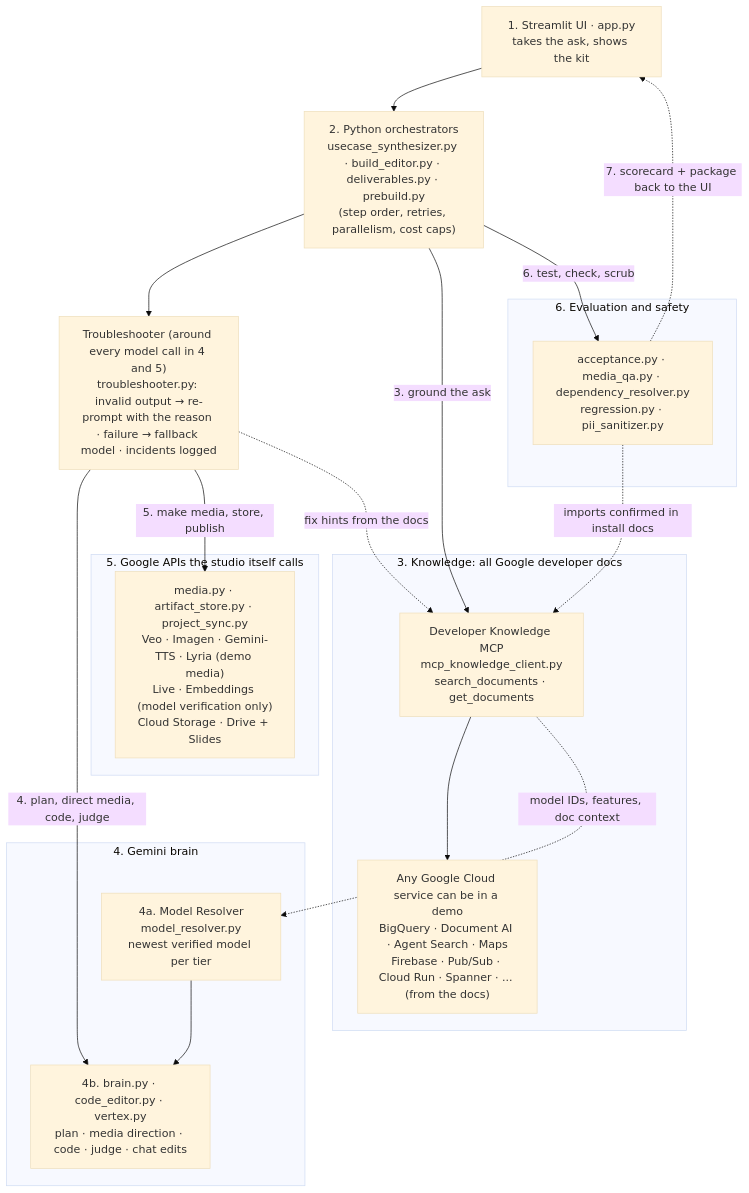
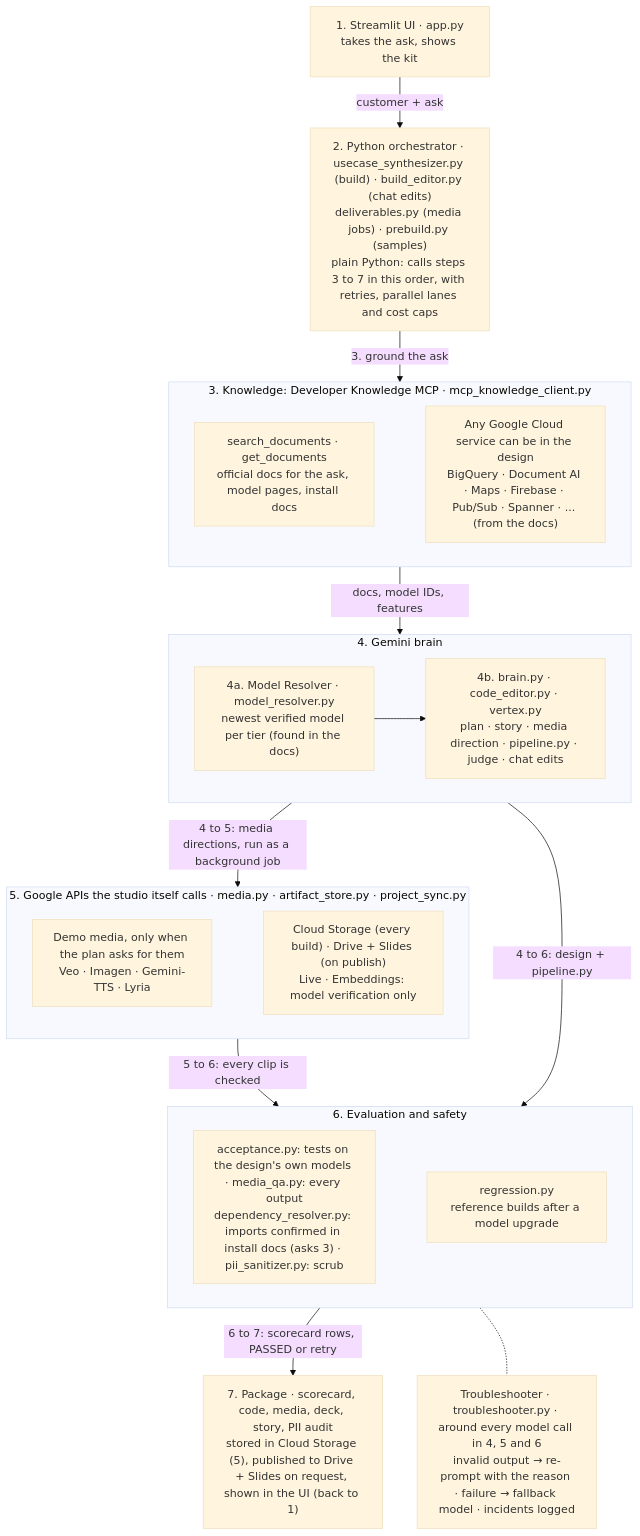
One commit to LUJ20/eliminating-custom-demo-toil-with-google-mcp changed the second of 2 diagrams in README.md. Above: the diagram before and after it, drawn with Mermaid (base theme). The commit also changed other lines of this file and 12 other files, not shown here.

First line of the commit message:
Drafts: Discard per unsaved build; example input image for extraction demos; cleanup

````diff
--- a/README.md
+++ b/README.md
@@ -150,29 +152,30 @@
 ```mermaid
 flowchart TB
-    UI["1. Streamlit UI · app.py<br/>takes the ask, shows the kit"] --> O["2. Python orchestrators<br/>usecase_synthesizer.py · build_editor.py · deliverables.py · prebuild.py<br/>(step order, retries, parallelism, cost caps)"]
-    O --> TS["Troubleshooter (around every model call in 4 and 5)<br/>troubleshooter.py: invalid output → re-prompt with the reason · failure → fallback model · incidents logged"]
-    subgraph K["3. Knowledge: all Google developer docs"]
-        MCP["Developer Knowledge MCP<br/>mcp_knowledge_client.py<br/>search_documents · get_documents"]
-        ANY["Any Google Cloud service can be in a demo<br/>BigQuery · Document AI · Agent Search · Maps<br/>Firebase · Pub/Sub · Cloud Run · Spanner · ... (from the docs)"]
-        MCP --> ANY
+    UI["1. Streamlit UI · app.py<br/>takes the ask, shows the kit"]
+    O["2. Python orchestrator · usecase_synthesizer.py (build) · build_editor.py (chat edits)<br/>deliverables.py (media jobs) · prebuild.py (samples)<br/>plain Python: calls steps 3 to 7 in this order, with retries, parallel lanes and cost caps"]
+    subgraph K ["3. Knowledge: Developer Knowledge MCP · mcp_knowledge_client.py"]
+        direction LR
+        MCP["search_documents · get_documents<br/>official docs for the ask, model pages, install docs"] ~~~ ANY["Any Google Cloud service can be in the design<br/>BigQuery · Document AI · Maps · Firebase · Pub/Sub · Spanner · ... (from the docs)"]
     end
-    subgraph B["4. Gemini brain"]
-        R["4a. Model Resolver<br/>model_resolver.py<br/>newest verified model per tier"]
-        G["4b. brain.py · code_editor.py · vertex.py<br/>plan · media direction · code · judge · chat edits"]
-        R --> G
+    subgraph B ["4. Gemini brain"]
+        direction LR
+        R["4a. Model Resolver · model_resolver.py<br/>newest verified model per tier (found in the docs)"] --> G["4b. brain.py · code_editor.py · vertex.py<br/>plan · story · media direction · pipeline.py · judge · chat edits"]
     end
-    subgraph T["5. Google APIs the studio itself calls"]
-        API["media.py · artifact_store.py · project_sync.py<br/>Veo · Imagen · Gemini-TTS · Lyria (demo media)<br/>Live · Embeddings (model verification only)<br/>Cloud Storage · Drive + Slides"]
+    subgraph T ["5. Google APIs the studio itself calls · media.py · artifact_store.py · project_sync.py"]
+        direction LR
+        MED["Demo media, only when the plan asks for them<br/>Veo · Imagen · Gemini-TTS · Lyria"] ~~~ ST["Cloud Storage (every build) · Drive + Slides (on publish)<br/>Live · Embeddings: model verification only"]
     end
-    subgraph E["6. Evaluation and safety"]
-        EV["acceptance.py · media_qa.py · dependency_resolver.py<br/>regression.py · pii_sanitizer.py"]
+    subgraph E ["6. Evaluation and safety"]
+        direction LR
+        EV["acceptance.py: tests on the design's own models · media_qa.py: every output<br/>dependency_resolver.py: imports confirmed in install docs (asks 3) · pii_sanitizer.py: scrub"] ~~~ RG["regression.py<br/>reference builds after a model upgrade"]
     end
+    P["7. Package · scorecard, code, media, deck, story, PII audit<br/>stored in Cloud Storage (5), published to Drive + Slides on request, shown in the UI (back to 1)"]
+    UI -->|"customer + ask"| O
     O -->|"3. ground the ask"| MCP
-    TS -->|"4. plan, direct media, code, judge"| G
-    TS -->|"5. make media, store, publish"| API
-    O -->|"6. test, check, scrub"| EV
-    EV -. "7. scorecard + package back to the UI" .-> UI
-    TS -. "fix hints from the docs" .-> MCP
-    EV -. "imports confirmed in install docs" .-> MCP
-    MCP -. "model IDs, features, doc context" .-> R
+    MCP -->|"docs, model IDs, features"| G
+    G -->|"4 to 5: media directions, run as a background job"| MED
+    G -->|"4 to 6: design + pipeline.py"| EV
+    MED -->|"5 to 6: every clip is checked"| EV
+    EV -->|"6 to 7: scorecard rows, PASSED or retry"| P
+    EV -.- TS["Troubleshooter · troubleshooter.py · around every model call in 4, 5 and 6<br/>invalid output → re-prompt with the reason · failure → fallback model · incidents logged"]
 ```
````
